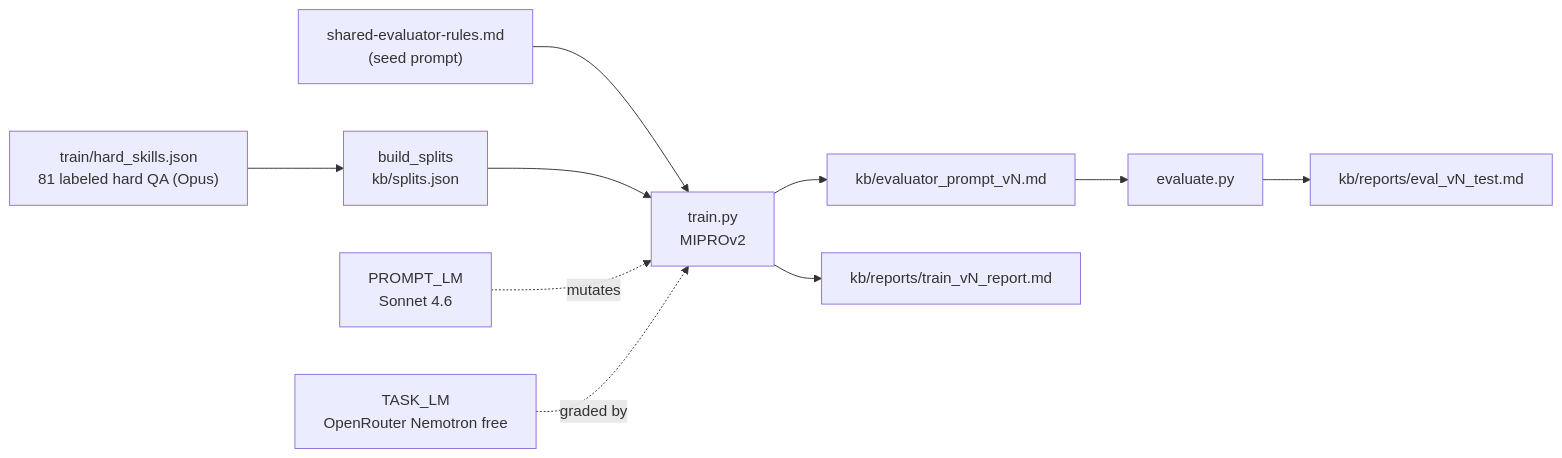
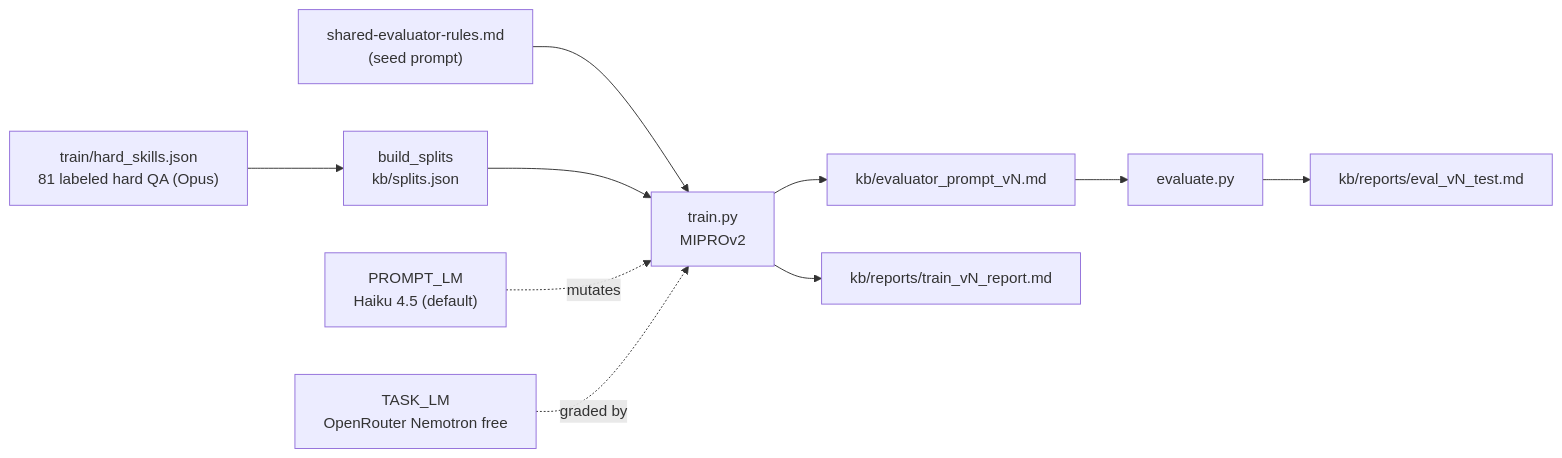
The diagram in .claude/skills/scoring-prompt-trainer/SKILL.md (margomrkv/interview-debrief-assistant), drawn with Mermaid before and after one commit. The commit also changed other lines of this file and 2 other files, not shown here.

First line of the commit message:
feat(train): default proposer Sonnet 4.6 → Haiku 4.5 (am-best-offer-sr4)

````diff
--- a/.claude/skills/scoring-prompt-trainer/SKILL.md
+++ b/.claude/skills/scoring-prompt-trainer/SKILL.md
@@ -30,12 +30,12 @@
 ```mermaid
 flowchart LR
     TJ["train/hard_skills.json<br/>81 labeled hard QA (Opus)"] --> BS["build_splits<br/>kb/splits.json"]
     SR["shared-evaluator-rules.md<br/>(seed prompt)"] --> TR["train.py<br/>MIPROv2"]
     BS --> TR
-    PM["PROMPT_LM<br/>Sonnet 4.6"] -. mutates .-> TR
+    PM["PROMPT_LM<br/>Haiku 4.5 (default)"] -. mutates .-> TR
     TM["TASK_LM<br/>OpenRouter Nemotron free"] -. graded by .-> TR
     TR --> PR["kb/evaluator_prompt_vN.md"]
     TR --> RP["kb/reports/train_vN_report.md"]
     PR --> EV["evaluate.py"]
     EV --> ER["kb/reports/eval_vN_test.md"]
 ```
````
